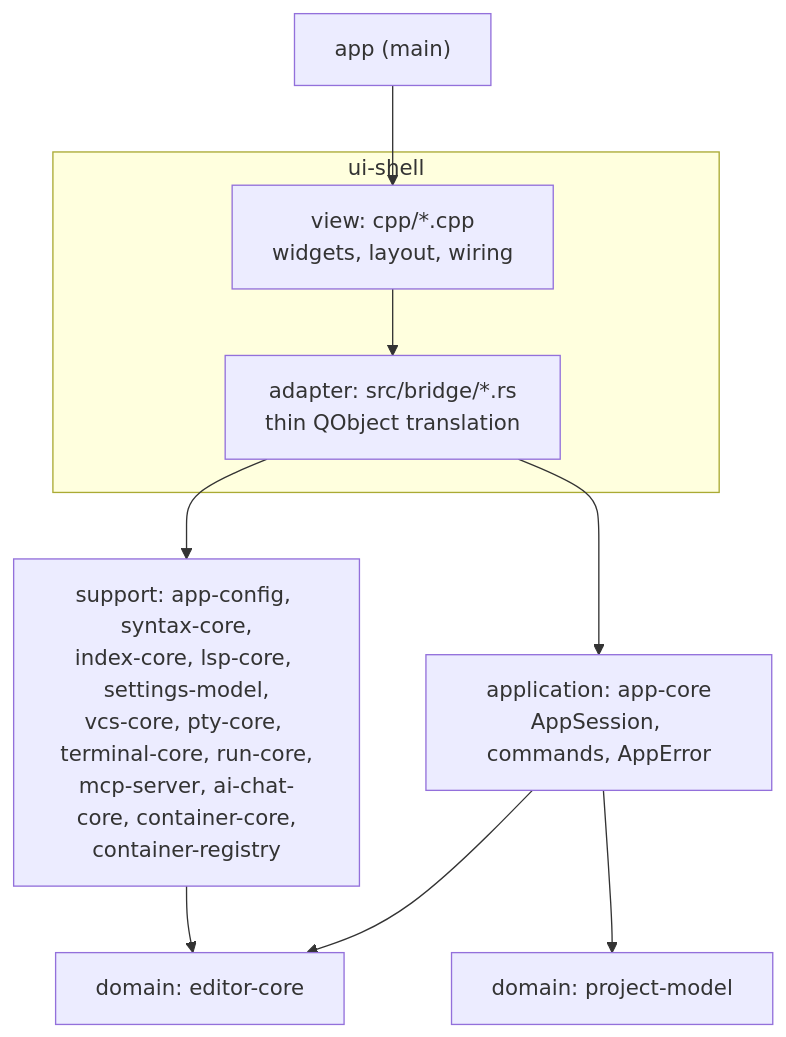
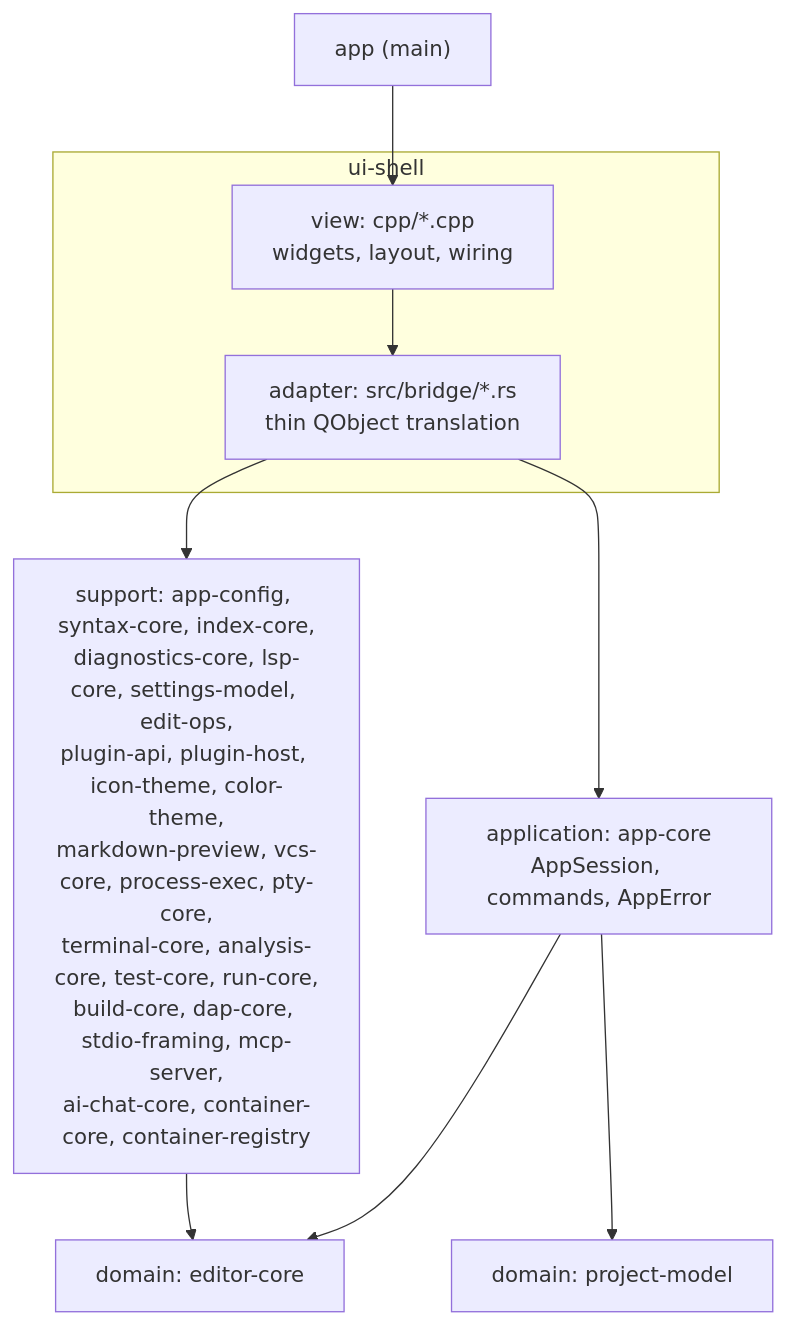
One commit to floriankraemer/kestrel-ide changed the diagram in docs/architecture/overview.md. Above: the diagram before and after it, drawn with Mermaid. The commit also changed other lines of this file, not shown here.

First line of the commit message:
docs(architecture): add the seven crates missing from overview.md's table

````diff
--- a/docs/architecture/overview.md
+++ b/docs/architecture/overview.md
@@ -29,12 +29,12 @@
 ```mermaid
 graph TB
     app["app (main)"] --> view
     subgraph uishell["ui-shell"]
         view["view: cpp/*.cpp<br/>widgets, layout, wiring"] --> adapter["adapter: src/bridge/*.rs<br/>thin QObject translation"]
     end
     adapter --> appcore["application: app-core<br/>AppSession, commands, AppError"]
-    adapter --> support["support: app-config, syntax-core,<br/>index-core, lsp-core, settings-model,<br/>vcs-core, pty-core, terminal-core, run-core,<br/>mcp-server, ai-chat-core, container-core,<br/>container-registry"]
+    adapter --> support["support: app-config, syntax-core, index-core,<br/>diagnostics-core, lsp-core, settings-model, edit-ops,<br/>plugin-api, plugin-host, icon-theme, color-theme,<br/>markdown-preview, vcs-core, process-exec, pty-core,<br/>terminal-core, analysis-core, test-core, run-core,<br/>build-core, dap-core, stdio-framing, mcp-server,<br/>ai-chat-core, container-core, container-registry"]
     appcore --> editorcore["domain: editor-core"]
     appcore --> projectmodel["domain: project-model"]
     support --> editorcore
 ```
````
